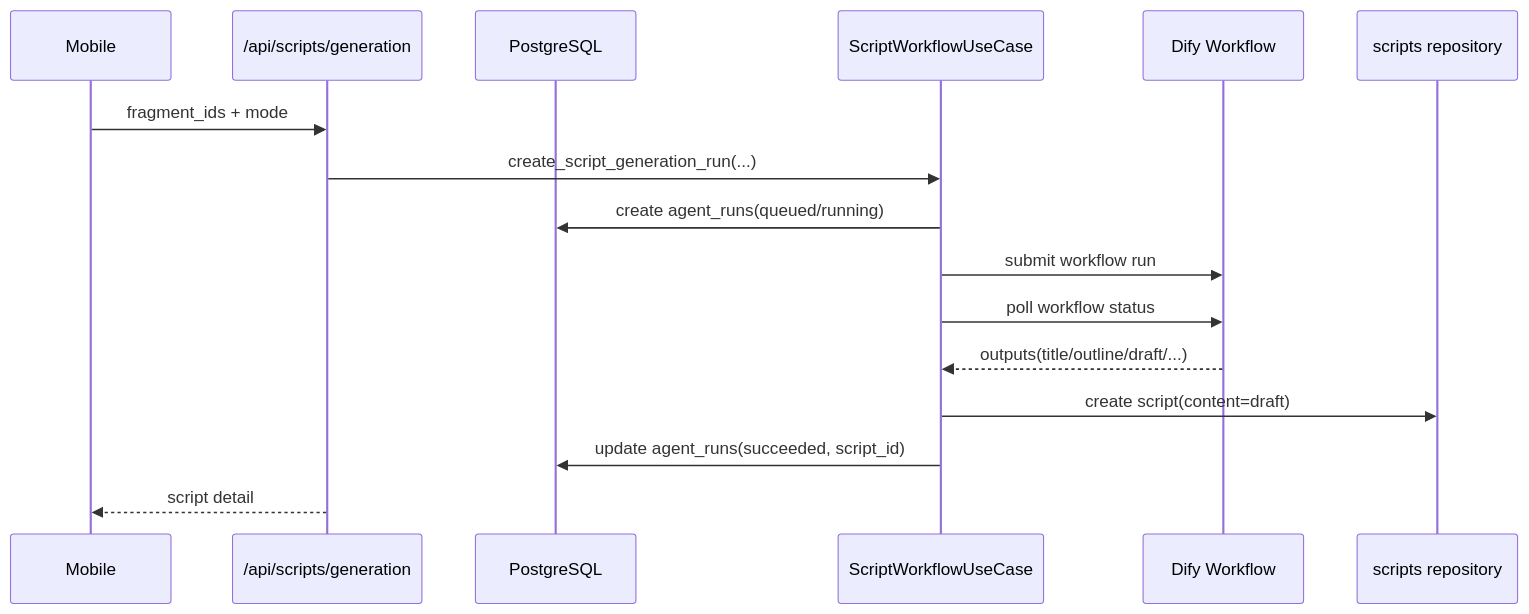
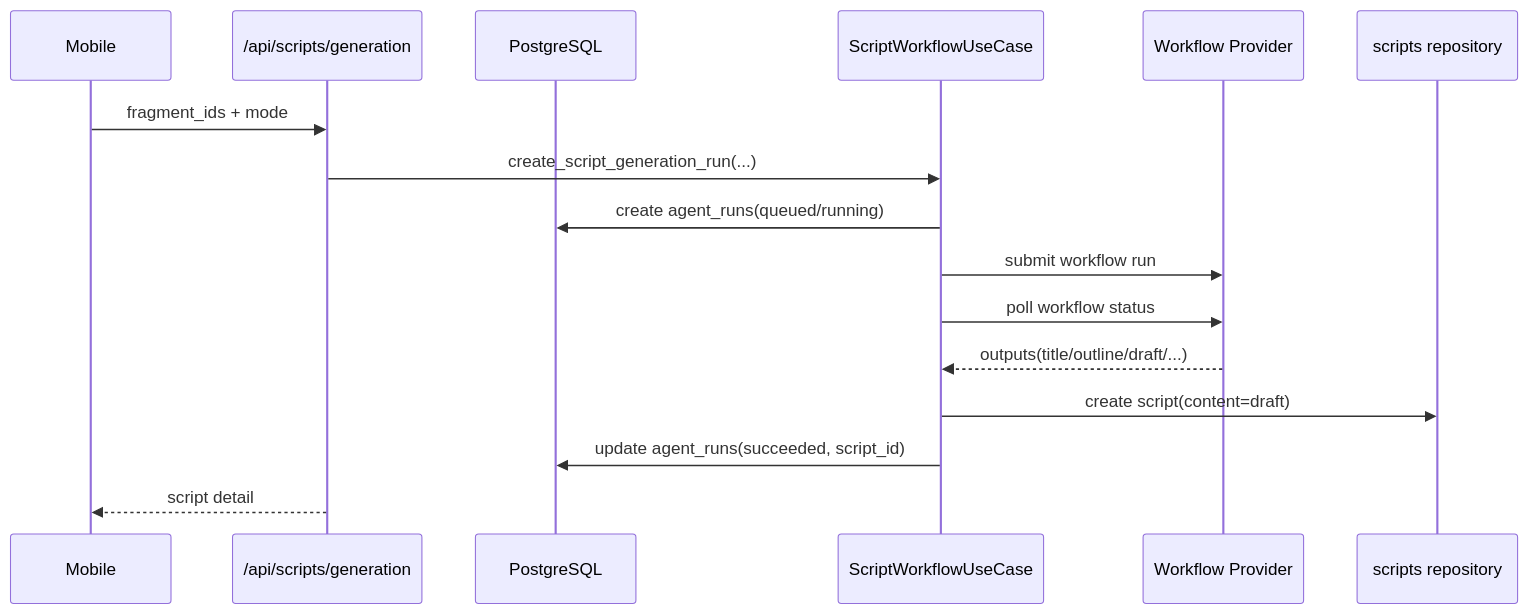
One commit to YCZA2/SparkFlow changed the seventh of 9 diagrams in memory-bank/architecture.md. Above: the diagram before and after it, drawn with Mermaid. The commit also changed other lines of this file and 15 other files, not shown here.

Commit message:
抽象外挂工作流 provider 并下沉 Dify 适配器

````diff
--- a/memory-bank/architecture.md
+++ b/memory-bank/architecture.md
@@ -335,19 +335,19 @@
 ```mermaid
 sequenceDiagram
     participant App as Mobile
     participant API as /api/scripts/generation
     participant DB as PostgreSQL
     participant AGENT as ScriptWorkflowUseCase
-    participant DIFY as Dify Workflow
+    participant WFP as Workflow Provider
     participant SCRIPT as scripts repository
 
     App->>API: fragment_ids + mode
     API->>AGENT: create_script_generation_run(...)
     AGENT->>DB: create agent_runs(queued/running)
-    AGENT->>DIFY: submit workflow run
-    AGENT->>DIFY: poll workflow status
-    DIFY-->>AGENT: outputs(title/outline/draft/...)
+    AGENT->>WFP: submit workflow run
+    AGENT->>WFP: poll workflow status
+    WFP-->>AGENT: outputs(title/outline/draft/...)
     AGENT->>SCRIPT: create script(content=draft)
     AGENT->>DB: update agent_runs(succeeded, script_id)
     API-->>App: script detail
 ```
````
